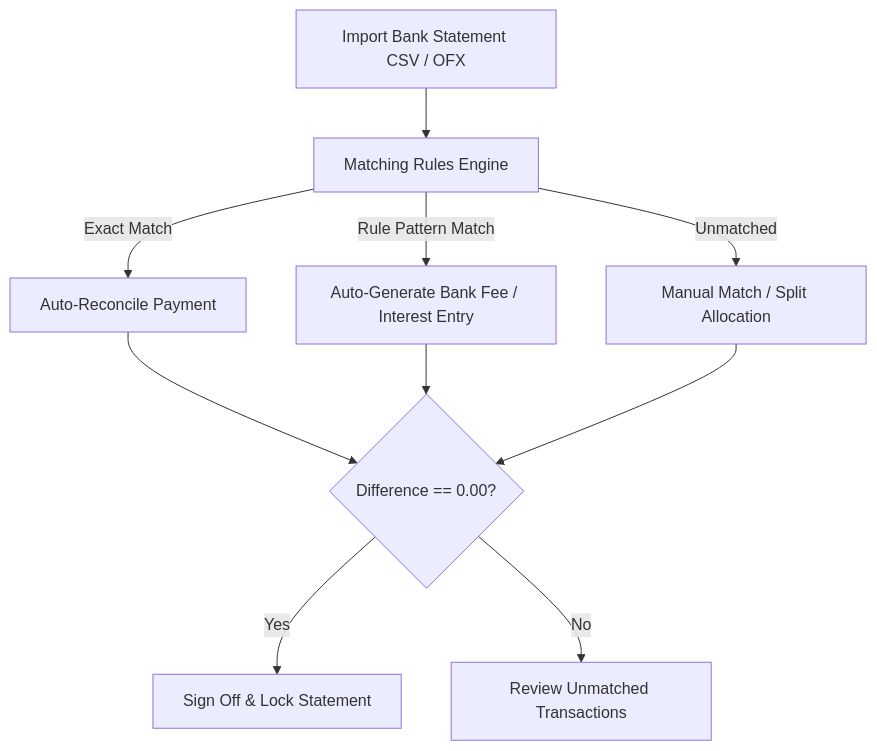
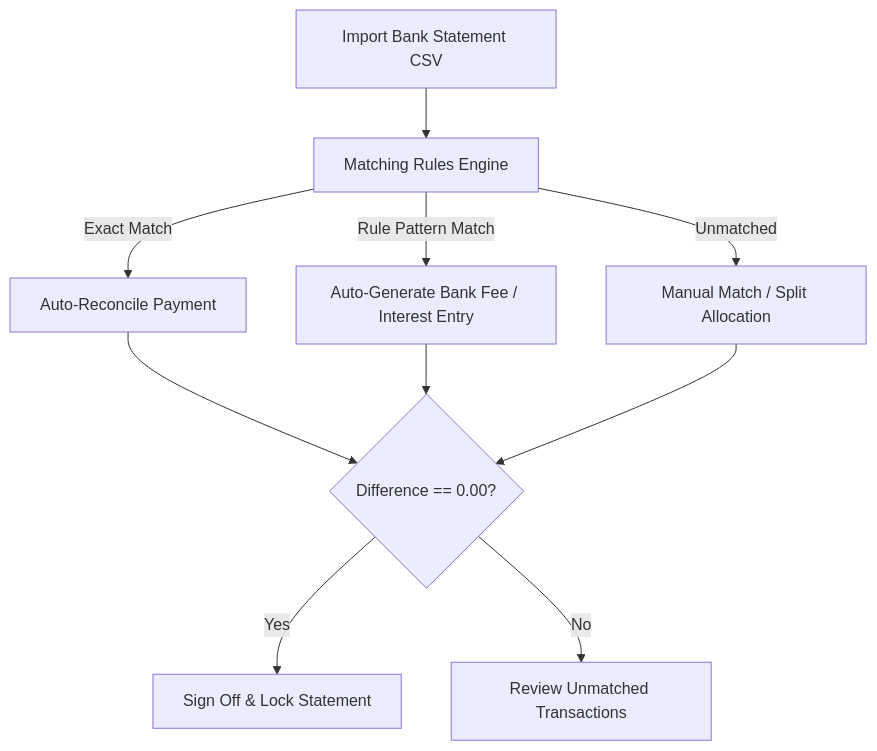
The second of 2 diagrams in docs/user/reconciliations.md (herobmdotcom/herobm), drawn with Mermaid before and after one commit. The commit also changed other lines of this file and 22 other files, not shown here.

````diff
--- a/docs/user/reconciliations.md
+++ b/docs/user/reconciliations.md
@@ -91,10 +91,10 @@
 ```mermaid
 flowchart TD
-    A[Import Bank Statement CSV / OFX] --> B[Matching Rules Engine]
+    A[Import Bank Statement CSV] --> B[Matching Rules Engine]
     B -- Exact Match --> C[Auto-Reconcile Payment]
     B -- Rule Pattern Match --> D[Auto-Generate Bank Fee / Interest Entry]
     B -- Unmatched --> E[Manual Match / Split Allocation]
     C & D & E --> F{Difference == 0.00?}
     F -- Yes --> G[Sign Off & Lock Statement]
     F -- No --> H[Review Unmatched Transactions]
 ```
````
